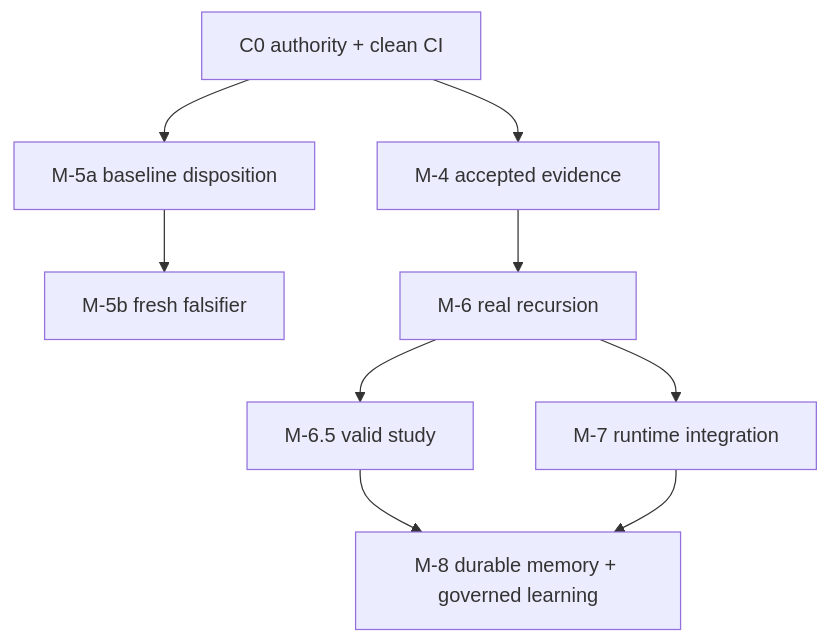
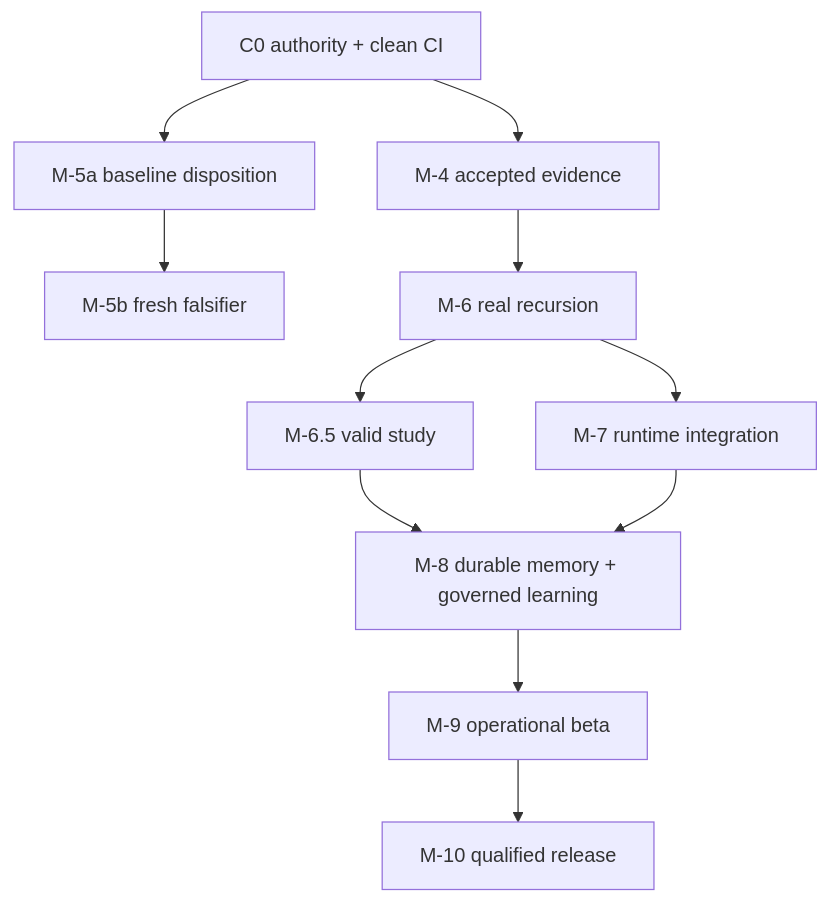
One commit to brainopensource/cognitive-framework changed the diagram in docs/03_execution/milestones.md. Above: the diagram before and after it, drawn with Mermaid. The commit also changed other lines of this file and 49 other files, not shown here.

````diff
--- a/docs/03_execution/milestones.md
+++ b/docs/03_execution/milestones.md
@@ -41,11 +41,13 @@
 ```mermaid
 flowchart TD
   C0["C0 authority + clean CI"] --> M4["M-4 accepted evidence"]
   C0 --> M5A["M-5a baseline disposition"]
   M5A --> M5B["M-5b fresh falsifier"]
   M4 --> M6["M-6 real recursion"]
   M6 --> M65["M-6.5 valid study"]
   M6 --> M7["M-7 runtime integration"]
   M65 --> M8["M-8 durable memory + governed learning"]
   M7 --> M8
+  M8 --> M9["M-9 operational beta"]
+  M9 --> M10["M-10 qualified release"]
 ```
````
